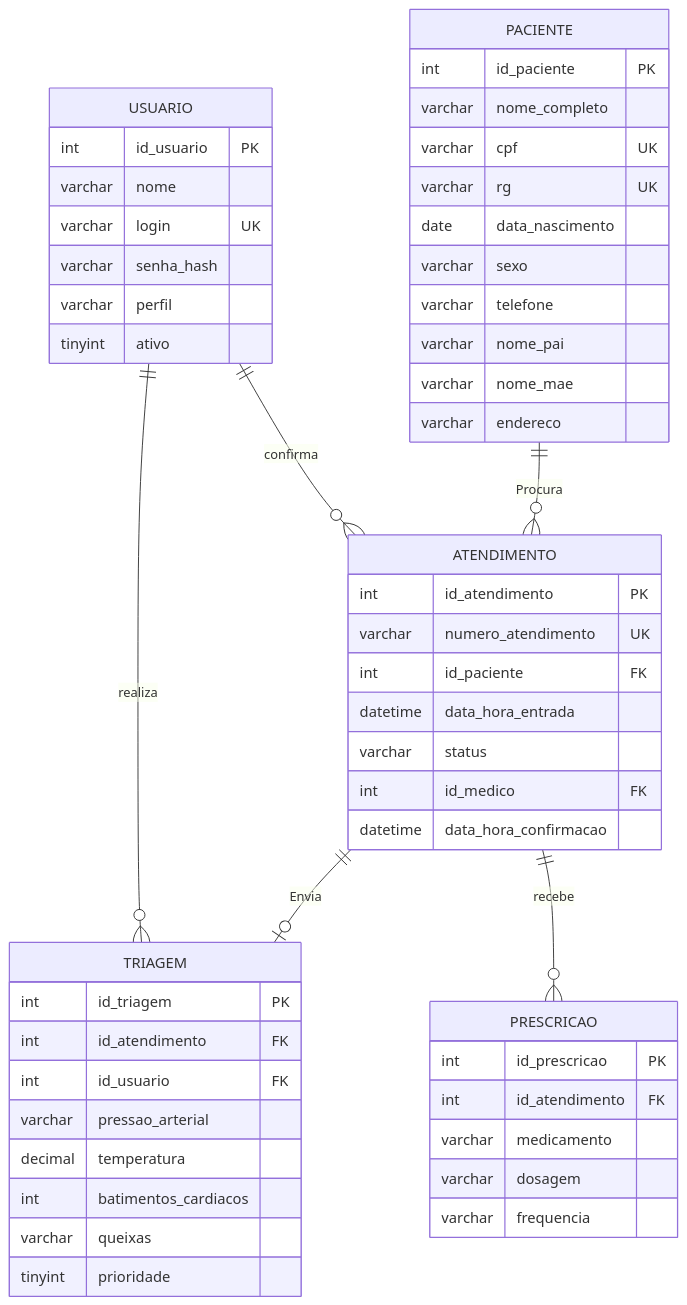
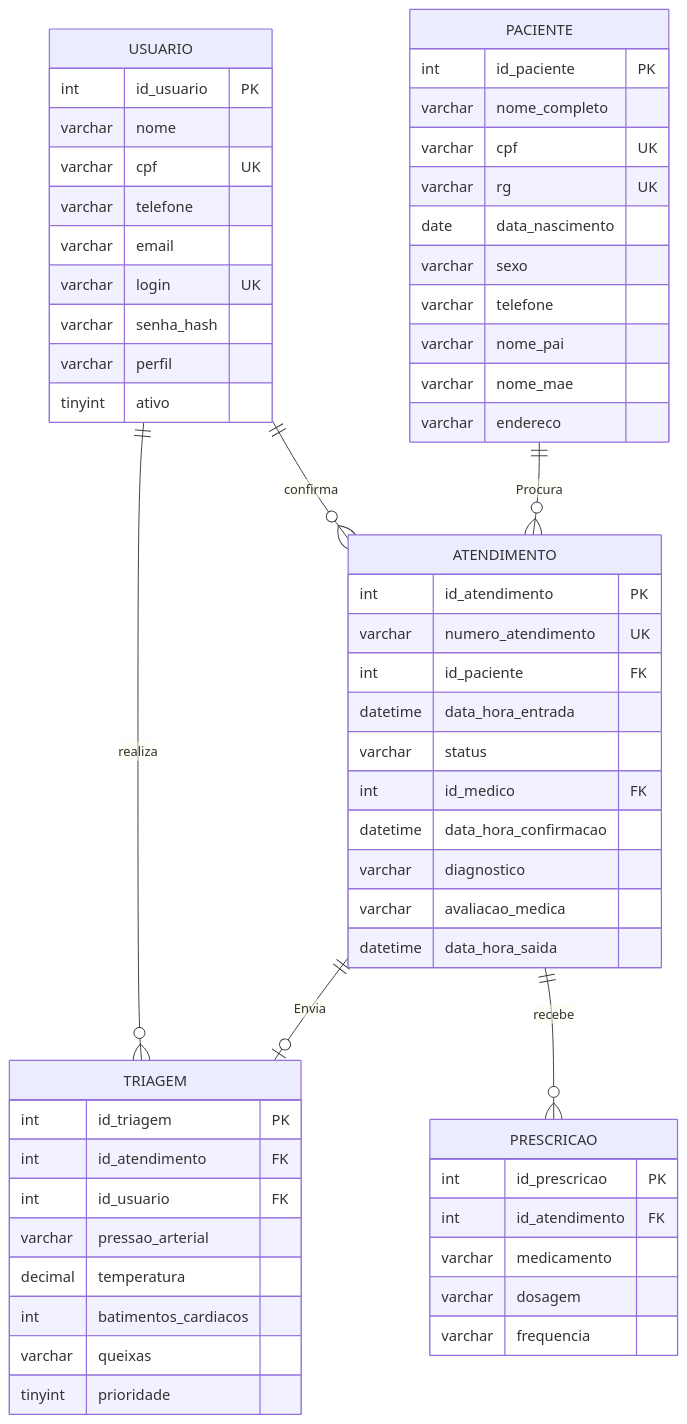
One commit to OtavioFelix-in/Projeto-Integrador2 changed the diagram in README.md. Above: the diagram before and after it, drawn with Mermaid. The commit also changed other lines of this file, not shown here.

Commit message:
README: dados do usuario e campos de diagnostico/alta no atendimento

````diff
--- a/README.md
+++ b/README.md
@@ -23,59 +23,65 @@
 ```mermaid
 erDiagram
     PACIENTE ||--o{ ATENDIMENTO : Procura
     ATENDIMENTO ||--o| TRIAGEM : Envia
     ATENDIMENTO ||--o{ PRESCRICAO : recebe
     USUARIO ||--o{ TRIAGEM : realiza
     USUARIO ||--o{ ATENDIMENTO : confirma
 
     USUARIO {
         int id_usuario PK
         varchar nome
+        varchar cpf UK
+        varchar telefone
+        varchar email
         varchar login UK
         varchar senha_hash
         varchar perfil
         tinyint ativo
     }
 
     PACIENTE {
         int id_paciente PK
         varchar nome_completo
         varchar cpf UK
         varchar rg UK
         date data_nascimento
         varchar sexo
         varchar telefone
         varchar nome_pai
         varchar nome_mae
         varchar endereco
     }
 
     ATENDIMENTO {
         int id_atendimento PK
         varchar numero_atendimento UK
         int id_paciente FK
         datetime data_hora_entrada
         varchar status
         int id_medico FK
         datetime data_hora_confirmacao
+        varchar diagnostico
+        varchar avaliacao_medica
+        datetime data_hora_saida
     }
 
     TRIAGEM {
         int id_triagem PK
         int id_atendimento FK
         int id_usuario FK
         varchar pressao_arterial
         decimal temperatura
         int batimentos_cardiacos
         varchar queixas
         tinyint prioridade
     }
 
     PRESCRICAO {
         int id_prescricao PK
         int id_atendimento FK
         varchar medicamento
         varchar dosagem
         varchar frequencia
     }
 ```
````
